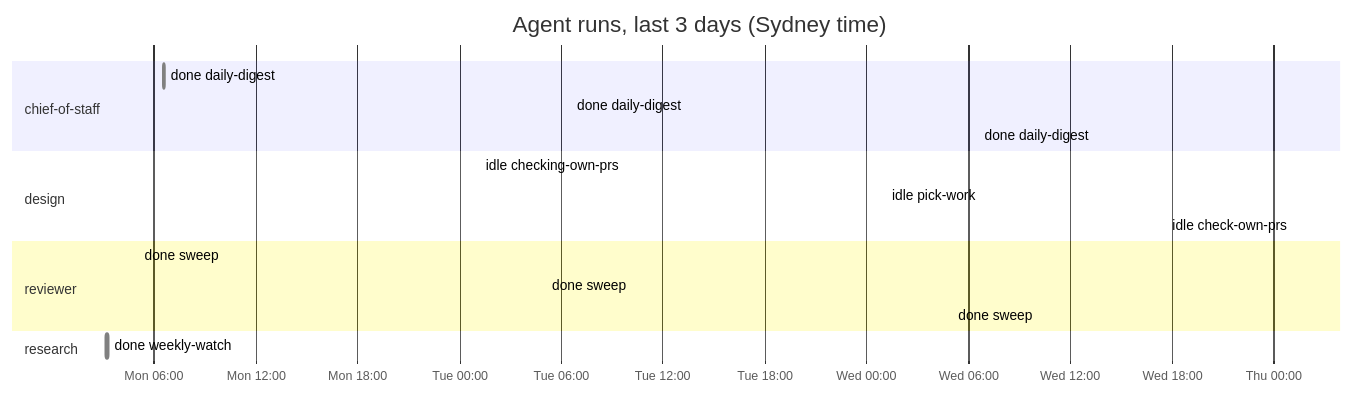
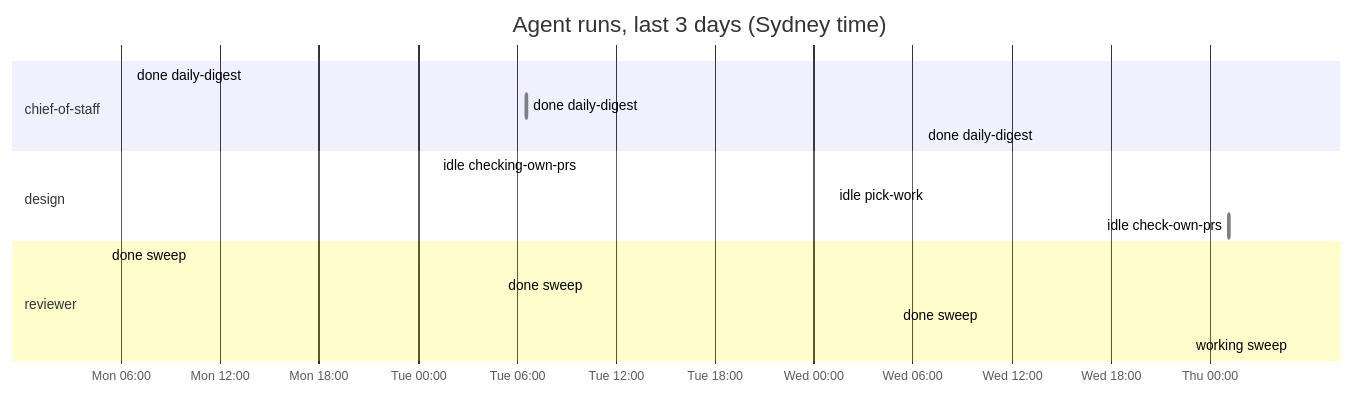
One commit to roulmediateam-byte/fifteen-expert-hq changed the diagram in dashboard.md. Above: the diagram before and after it, drawn with Mermaid. The commit also changed other lines of this file and 1 other file, not shown here.

````diff
--- a/dashboard.md
+++ b/dashboard.md
@@ -45,20 +45,19 @@
 ```mermaid
 gantt
     title Agent runs, last 3 days (Sydney time)
     dateFormat YYYY-MM-DD HH:mm
     axisFormat %a %H:%M
     section chief-of-staff
     done daily-digest :done, 2026-11-16 06:35, 2026-11-16 06:36
     done daily-digest :done, 2026-11-17 06:35, 2026-11-17 06:36
     done daily-digest :done, 2026-11-18 06:35, 2026-11-18 06:36
     section design
     idle checking-own-prs :done, 2026-11-17 01:12, 2026-11-17 01:12
     idle pick-work :done, 2026-11-18 01:11, 2026-11-18 01:11
     idle check-own-prs :done, 2026-11-19 01:10, 2026-11-19 01:11
     section reviewer
     done sweep :done, 2026-11-16 05:05, 2026-11-16 05:06
     done sweep :done, 2026-11-17 05:05, 2026-11-17 05:05
     done sweep :done, 2026-11-18 05:04, 2026-11-18 05:05
-    section research
-    done weekly-watch :done, 2026-11-16 03:10, 2026-11-16 03:17
+    working sweep :active, 2026-11-19 05:04, 2026-11-19 05:05
 ```
````
